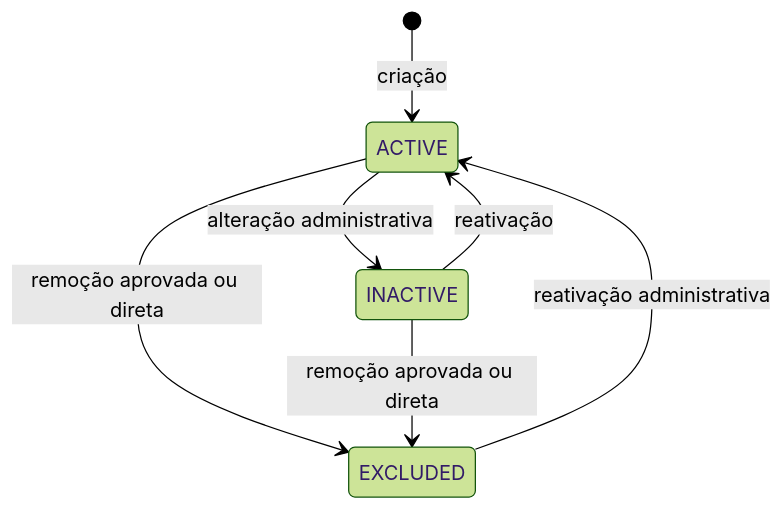
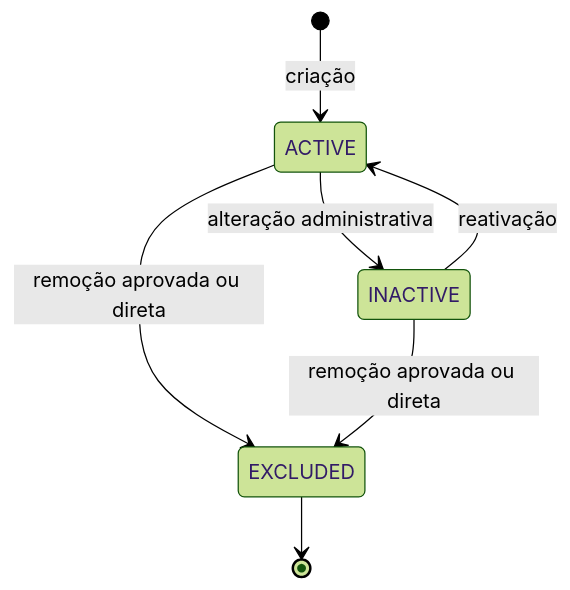
The second of 2 diagrams in docs/flows/modules/comments.md (thaissacarvalho/Catalisa), drawn with Mermaid (forest theme) before and after one commit. The commit also changed other lines of this file and 18 other files, not shown here.

````diff
--- a/docs/flows/modules/comments.md
+++ b/docs/flows/modules/comments.md
@@ -24,9 +24,9 @@
 ```mermaid
 stateDiagram-v2
     [*] --> ACTIVE: criação
     ACTIVE --> INACTIVE: alteração administrativa
     INACTIVE --> ACTIVE: reativação
     ACTIVE --> EXCLUDED: remoção aprovada ou direta
     INACTIVE --> EXCLUDED: remoção aprovada ou direta
-    EXCLUDED --> ACTIVE: reativação administrativa
+    EXCLUDED --> [*]
 ```
````
